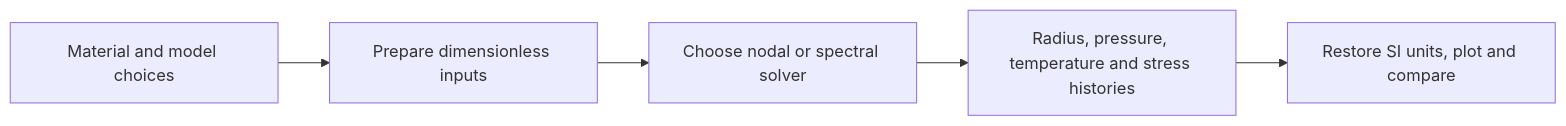
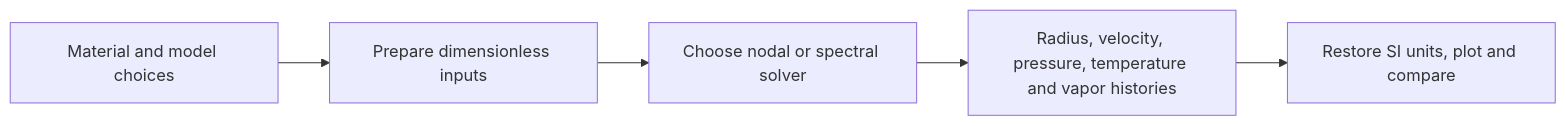
One commit to ComputationalFlowGroup/IMRv2 changed the first of 3 diagrams in docs/reference/code-map.md. Above: the diagram before and after it, drawn with Mermaid. The commit also changed other lines of this file, not shown here.

Commit message:
Clarify returned fields in the workflow overview

````diff
--- a/docs/reference/code-map.md
+++ b/docs/reference/code-map.md
@@ -15,7 +15,7 @@
 ```mermaid
 flowchart LR
   Case[Material and model choices] --> Prepare[Prepare dimensionless inputs]
   Prepare --> Solve[Choose nodal or spectral solver]
-  Solve --> Histories[Radius, pressure, temperature and stress histories]
+  Solve --> Histories[Radius, velocity, pressure, temperature and vapor histories]
   Histories --> Compare[Restore SI units, plot and compare]
 ```
````
